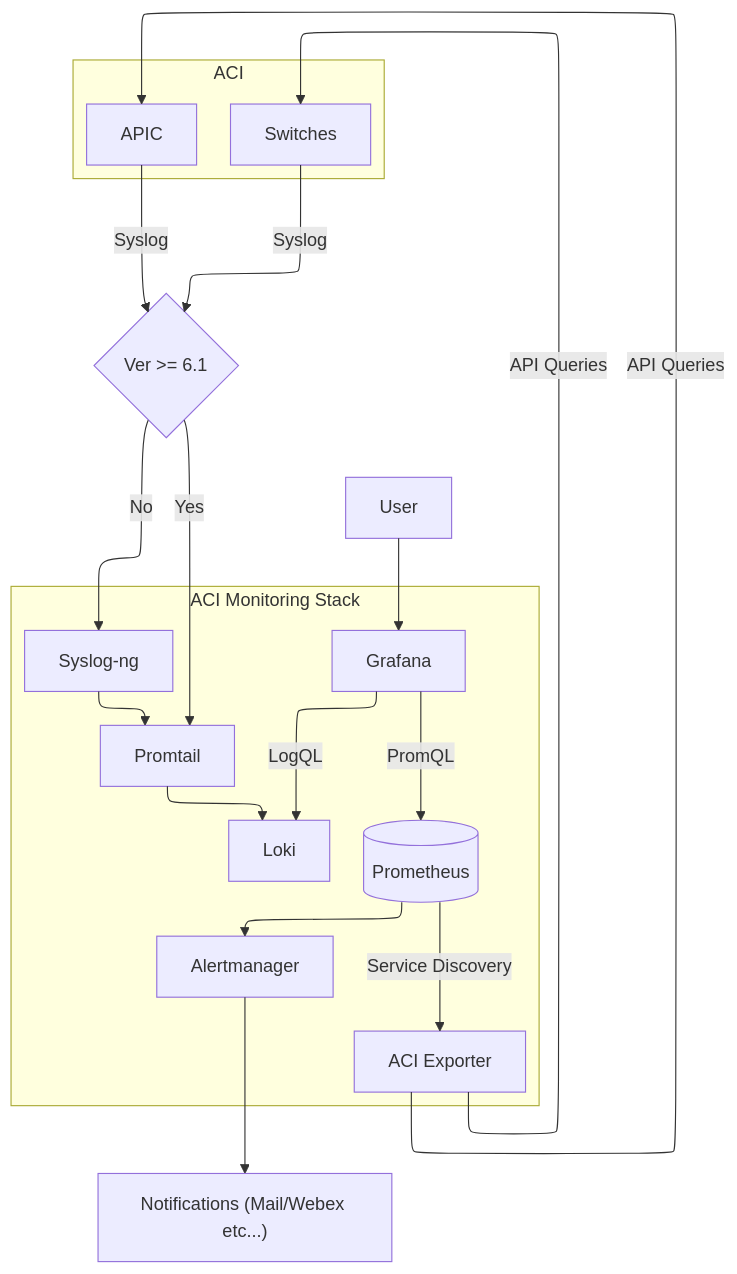
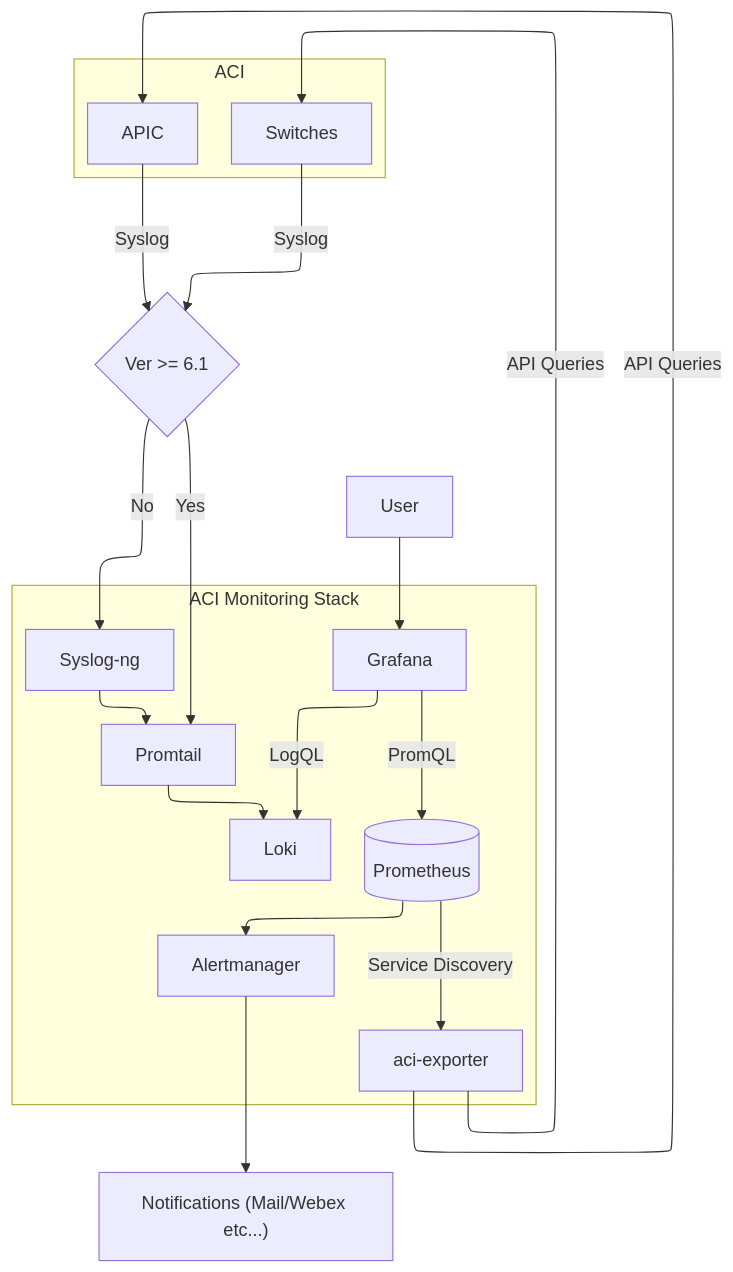
One commit to datacenter/aci-monitoring-stack changed the first of 2 diagrams in README.md. Above: the diagram before and after it, drawn with Mermaid. The commit also changed other lines of this file, not shown here.

Commit message:
docs: rename all naming of the aci-exporter to its correct name. Minor grammar fixes

````diff
--- a/README.md
+++ b/README.md
@@ -27,33 +27,33 @@
 ```mermaid
 flowchart-elk
   subgraph ACI Monitoring Stack
     G["Grafana"]
     P[("Prometheus")]
     L["Loki"]
     PT["Promtail"]
     SL["Syslog-ng"]
     AM["Alertmanager"]
-    A["ACI Exporter"]
+    A["aci-exporter"]
     G--"PromQL"-->P
     G--"LogQL"-->L
     P-->AM
     PT-->L
     SL-->PT
     P--"Service Discovery"-->A
   end
   subgraph ACI
     S["Switches"]
     APIC["APIC"]
   end
   U["User"]
   N["Notifications (Mail/Webex etc...)"]
   V{Ver >= 6.1}
   A--"API Queries"-->S
   A--"API Queries"-->APIC
   U-->G
   AM-->N
   S--"Syslog"-->V
   APIC--"Syslog"-->V
   V -->|Yes| PT
   V -->|No| SL
 ```
````
